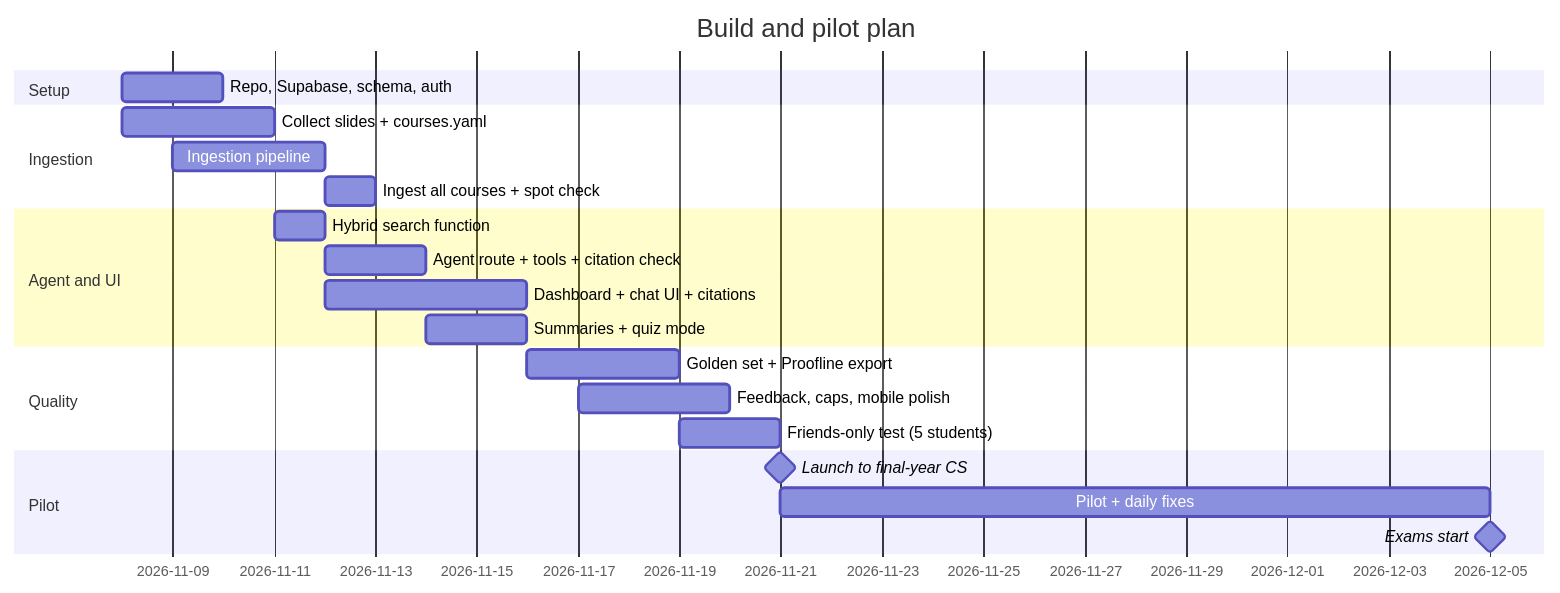
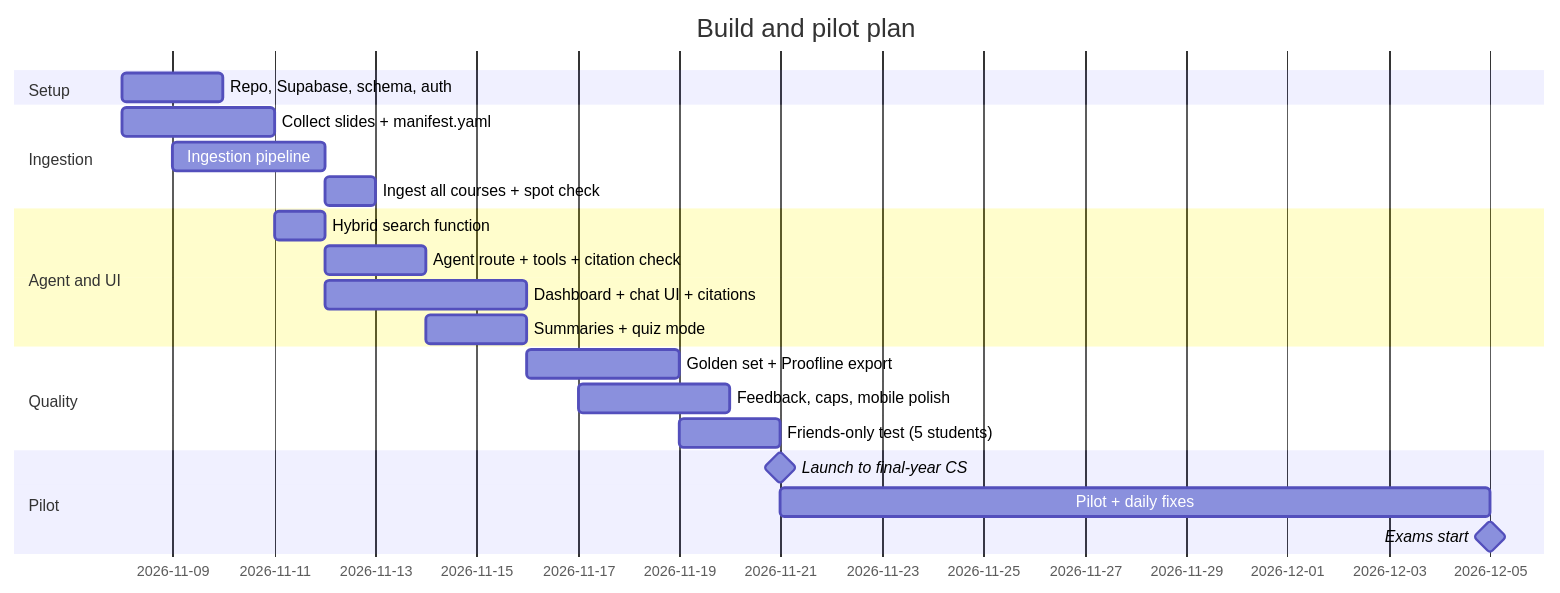
One commit to Timmynathan/ask-your-slides changed the sixth of 6 diagrams in PRD.md. Above: the diagram before and after it, drawn with Mermaid. The commit also changed other lines of this file and 3 other files, not shown here.

````diff
--- a/PRD.md
+++ b/PRD.md
@@ -623,24 +679,24 @@
 ```mermaid
 gantt
     dateFormat  YYYY-MM-DD
     title Build and pilot plan
     section Setup
     Repo, Supabase, schema, auth           :a1, 2026-11-08, 2d
     section Ingestion
-    Collect slides + courses.yaml          :b0, 2026-11-08, 3d
+    Collect slides + manifest.yaml         :b0, 2026-11-08, 3d
     Ingestion pipeline                     :b1, 2026-11-09, 3d
     Ingest all courses + spot check        :b2, after b1, 1d
     section Agent and UI
     Hybrid search function                 :c1, 2026-11-11, 1d
     Agent route + tools + citation check   :c2, after c1, 2d
     Dashboard + chat UI + citations        :c3, 2026-11-12, 4d
     Summaries + quiz mode                  :c4, after c2, 2d
     section Quality
     Golden set + Proofline export          :d1, 2026-11-16, 3d
     Feedback, caps, mobile polish          :d2, 2026-11-17, 3d
     Friends-only test (5 students)         :d3, 2026-11-19, 2d
     section Pilot
     Launch to final-year CS                :milestone, m1, 2026-11-21, 0d
     Pilot + daily fixes                    :e1, 2026-11-21, 14d
     Exams start                            :milestone, m2, 2026-12-05, 0d
 ```
````
